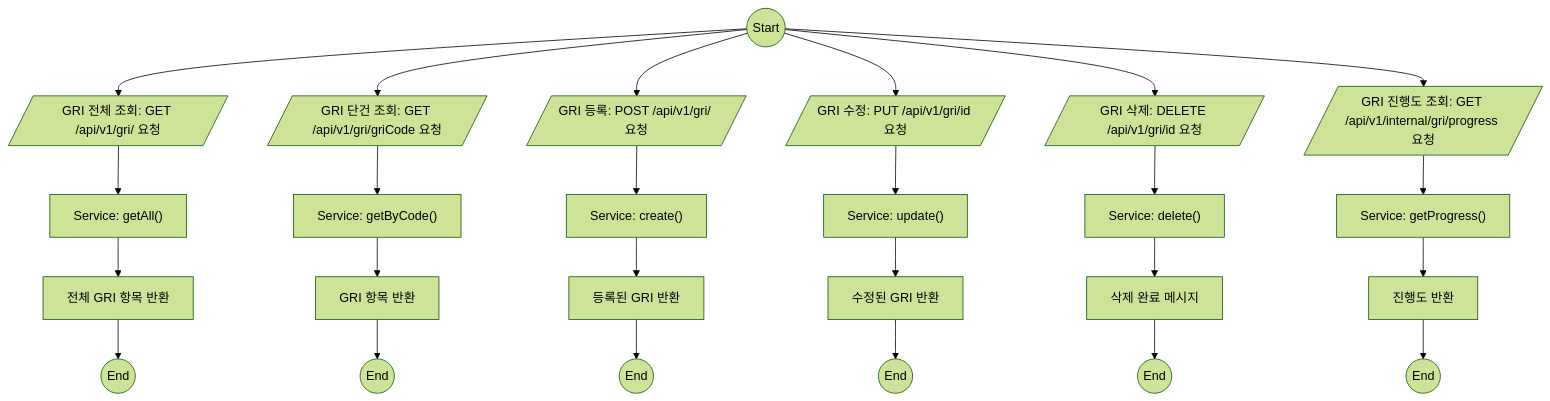
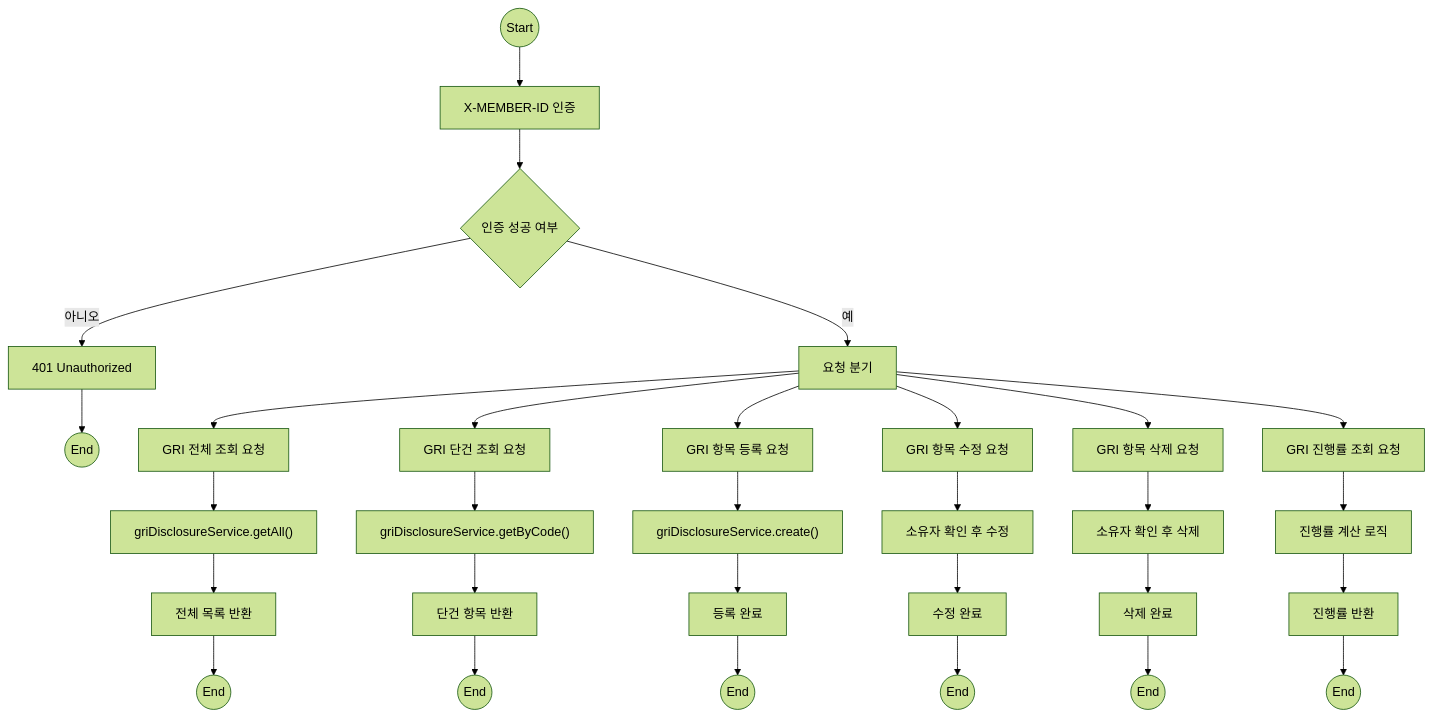
Before and after one commit to NextSpringMysqlMSA/gir-service: the diagram in README.md, drawn with Mermaid (forest theme).

Commit message:
refactor: flowchart 수정

````diff
--- a/README.md
+++ b/README.md
@@ -1,40 +1,46 @@
 ```mermaid
 flowchart TD
-    start((Start))
+
+%% 공통 인증 처리
+    Start((Start))
+    Start --> Auth["X-MEMBER-ID 인증"]
+    Auth --> AuthCheck{"인증 성공 여부"}
+    AuthCheck -- "아니오" --> Error401["401 Unauthorized"] --> EndErr((End))
+    AuthCheck -- "예" --> Route["요청 분기"]
 
 %% GRI 전체 조회
-    start --> griGetAll[/GRI 전체 조회: GET /api/v1/gri/ 요청/]
-    griGetAll --> griGetAllSvc["Service: getAll()"]
-    griGetAllSvc --> griGetAllResp["전체 GRI 항목 반환"]
-    griGetAllResp --> end1((End))
+    Route --> GriAll["GRI 전체 조회 요청"]
+    GriAll --> GriAllSvc["griDisclosureService.getAll()"]
+    GriAllSvc --> GriAllResp["전체 목록 반환"]
+    GriAllResp --> End1((End))
 
 %% GRI 단건 조회
-    start --> griGetOne[/GRI 단건 조회: GET /api/v1/gri/griCode 요청/]
-    griGetOne --> griGetOneSvc["Service: getByCode()"]
-    griGetOneSvc --> griGetOneResp["GRI 항목 반환"]
-    griGetOneResp --> end2((End))
+    Route --> GriOne["GRI 단건 조회 요청"]
+    GriOne --> GriOneSvc["griDisclosureService.getByCode()"]
+    GriOneSvc --> GriOneResp["단건 항목 반환"]
+    GriOneResp --> End2((End))
 
-%% GRI 등록
-    start --> griPost[/GRI 등록: POST /api/v1/gri/ 요청/]
-    griPost --> griPostSvc["Service: create()"]
-    griPostSvc --> griPostResp["등록된 GRI 반환"]
-    griPostResp --> end3((End))
+%% GRI 항목 등록
+    Route --> GriCreate["GRI 항목 등록 요청"]
+    GriCreate --> GriCreateSvc["griDisclosureService.create()"]
+    GriCreateSvc --> GriCreateResp["등록 완료"]
+    GriCreateResp --> End3((End))
 
-%% GRI 수정
-    start --> griPut[/GRI 수정: PUT /api/v1/gri/id 요청/]
-    griPut --> griPutSvc["Service: update()"]
-    griPutSvc --> griPutResp["수정된 GRI 반환"]
-    griPutResp --> end4((End))
+%% GRI 항목 수정
+    Route --> GriUpdate["GRI 항목 수정 요청"]
+    GriUpdate --> UpdateSvc["소유자 확인 후 수정"]
+    UpdateSvc --> GriUpdateResp["수정 완료"]
+    GriUpdateResp --> End4((End))
 
-%% GRI 삭제
-    start --> griDelete[/GRI 삭제: DELETE /api/v1/gri/id 요청/]
-    griDelete --> griDeleteSvc["Service: delete()"]
-    griDeleteSvc --> griDeleteResp["삭제 완료 메시지"]
-    griDeleteResp --> end5((End))
+%% GRI 항목 삭제
+    Route --> GriDelete["GRI 항목 삭제 요청"]
+    GriDelete --> DeleteSvc["소유자 확인 후 삭제"]
+    DeleteSvc --> GriDeleteResp["삭제 완료"]
+    GriDeleteResp --> End5((End))
 
-%% GRI 진행도 조회
-    start --> griProgress[/GRI 진행도 조회: GET /api/v1/internal/gri/progress 요청/]
-    griProgress --> griProgressSvc["Service: getProgress()"]
-    griProgressSvc --> griProgressResp["진행도 반환"]
-    griProgressResp --> end6((End))
+%% GRI 진행률 조회
+    Route --> GriProgress["GRI 진행률 조회 요청"]
+    GriProgress --> ProgressSvc["진행률 계산 로직"]
+    ProgressSvc --> GriProgressResp["진행률 반환"]
+    GriProgressResp --> End6((End))
 ```
````
